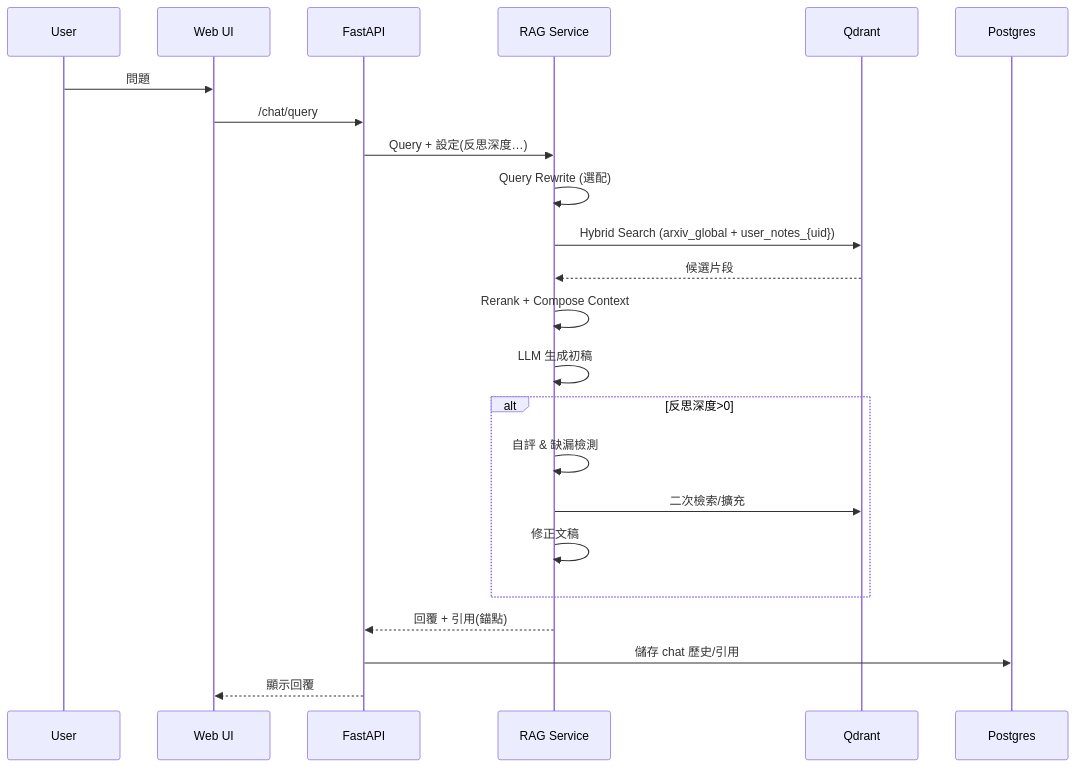
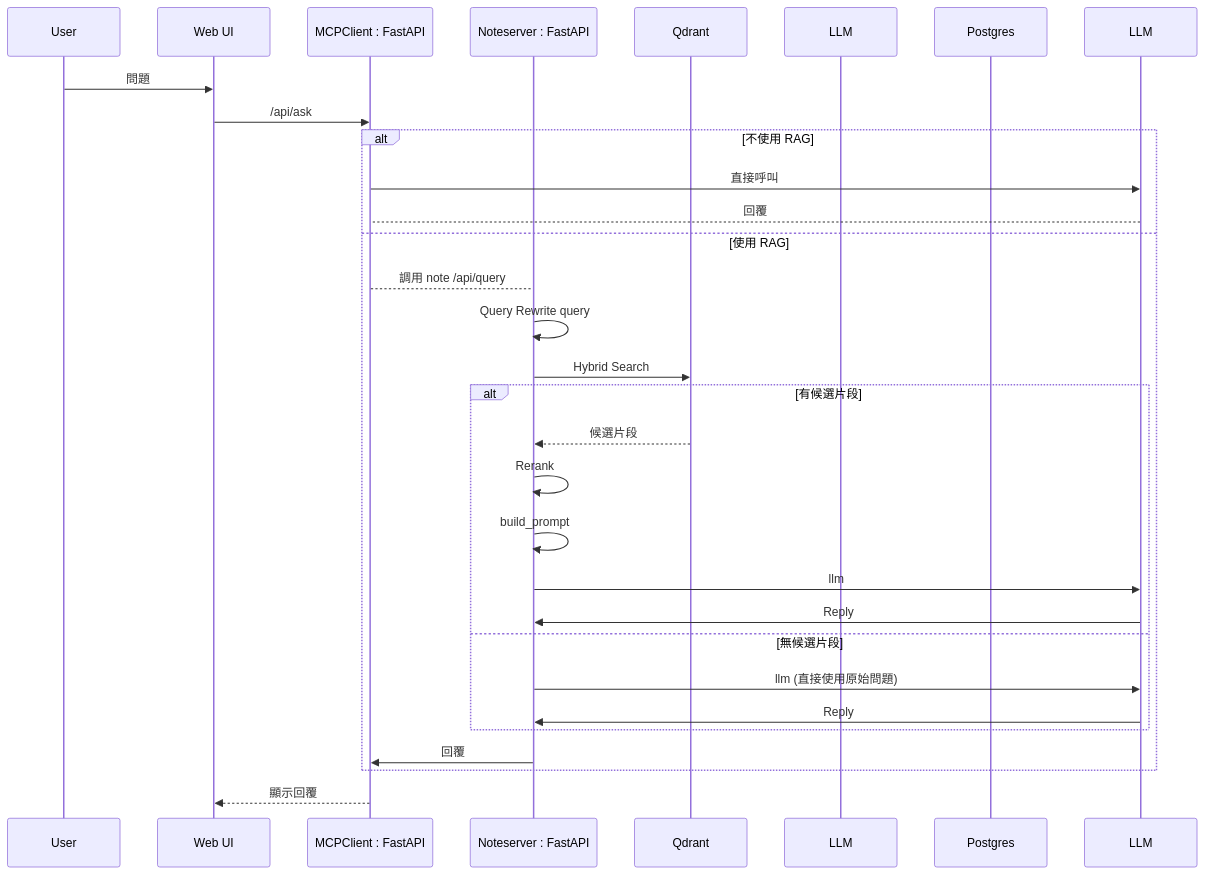
One commit to a920604a/llm-assistant changed the diagram in docs/rag_chat.md. Above: the diagram before and after it, drawn with Mermaid. The commit also changed 21 other files, not shown here.

Commit message:
rewrite feat on note service not mcpclient

````diff
--- a/docs/rag_chat.md
+++ b/docs/rag_chat.md
@@ -1,25 +1,32 @@
 ```mermaid
 sequenceDiagram
   participant U as User
   participant FE as Web UI
-  participant API as FastAPI
-  participant R as RAG Service
+  participant API as MCPClient : FastAPI
+  participant R as Noteserver : FastAPI
   participant Q as Qdrant
+  participant L as LLM
   participant DB as Postgres
   U->>FE: 問題
-  FE->>API: /chat/query
-  API->>R: Query + 設定(反思深度…)
-  R->>R: Query Rewrite (選配)
-  R->>Q: Hybrid Search (arxiv_global + user_notes_{uid})
-  Q-->>R: 候選片段
-  R->>R: Rerank + Compose Context
-  R->>R: LLM 生成初稿
-  alt 反思深度>0
-    R->>R: 自評 & 缺漏檢測
-    R->>Q: 二次檢索/擴充
-    R->>R: 修正文稿
+  FE->>API: /api/ask
+  alt 不使用 RAG
+    API->>LLM: 直接呼叫
+    LLM-->API: 回覆
+  else 使用 RAG
+    API --> R: 調用 note /api/query
+    R->>R:  Query Rewrite query
+    R->>Q: Hybrid Search
+    alt 有候選片段
+      Q-->>R: 候選片段
+      R->>R: Rerank
+      R->>R: build_prompt
+      R->>LLM: llm
+      LLM->>R: Reply
+    else 無候選片段
+      R->>LLM: llm (直接使用原始問題)
+      LLM->>R: Reply
+    end
+    R->>API: 回覆
   end
-  R-->>API: 回覆 + 引用(錨點)
-  API->>DB: 儲存 chat 歷史/引用
   API-->>FE: 顯示回覆
 ```
````
